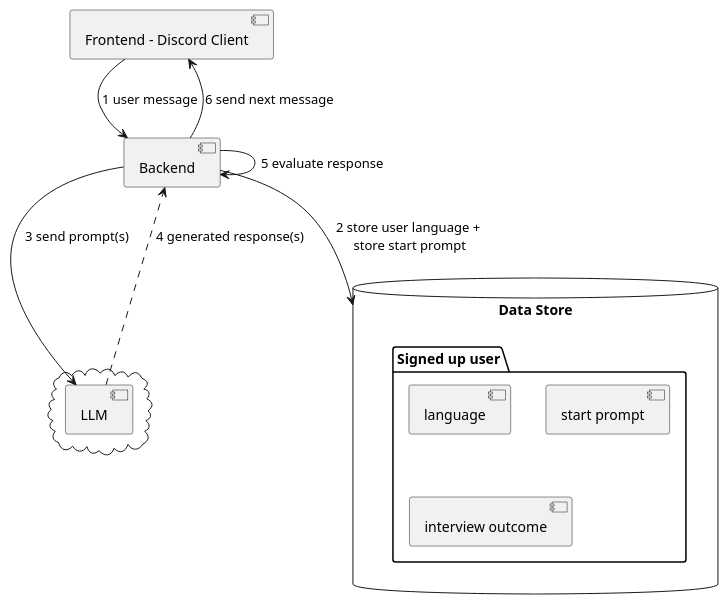
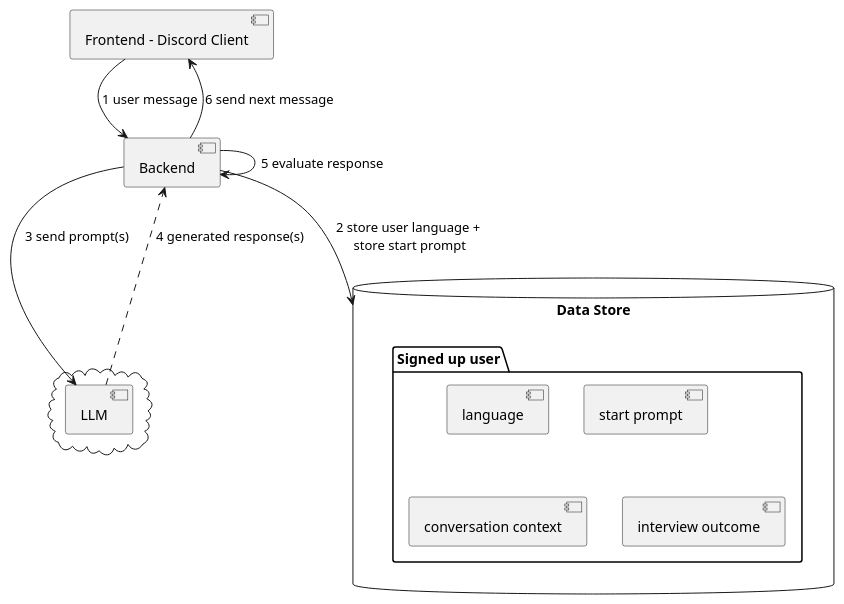
One commit to CATALPAresearch/srl-chat changed the diagram in system.puml. Above: the diagram before and after it, drawn with PlantUML. The commit also changed 4 other files, not shown here.

```diff
--- a/system.puml
+++ b/system.puml
@@ -1,23 +1,24 @@
 @startuml
 [Frontend - Discord Client] as fe
 
 [Backend] as be
 
 cloud {
     [LLM] as llm
 }
 database "Data Store" as ds {
     folder "Signed up user" {
         [language]
         [start prompt]
+        [conversation context]
         [interview outcome]
     }
 }
 
 fe -down-> be : 1 user message
 be --> ds : 2 store user language +\n store start prompt
 be -down-> llm : 3 send prompt(s)
 llm ..> be : 4 generated response(s)
 be --> be : 5 evaluate response
 be --> fe : 6 send next message
 @enduml
```
